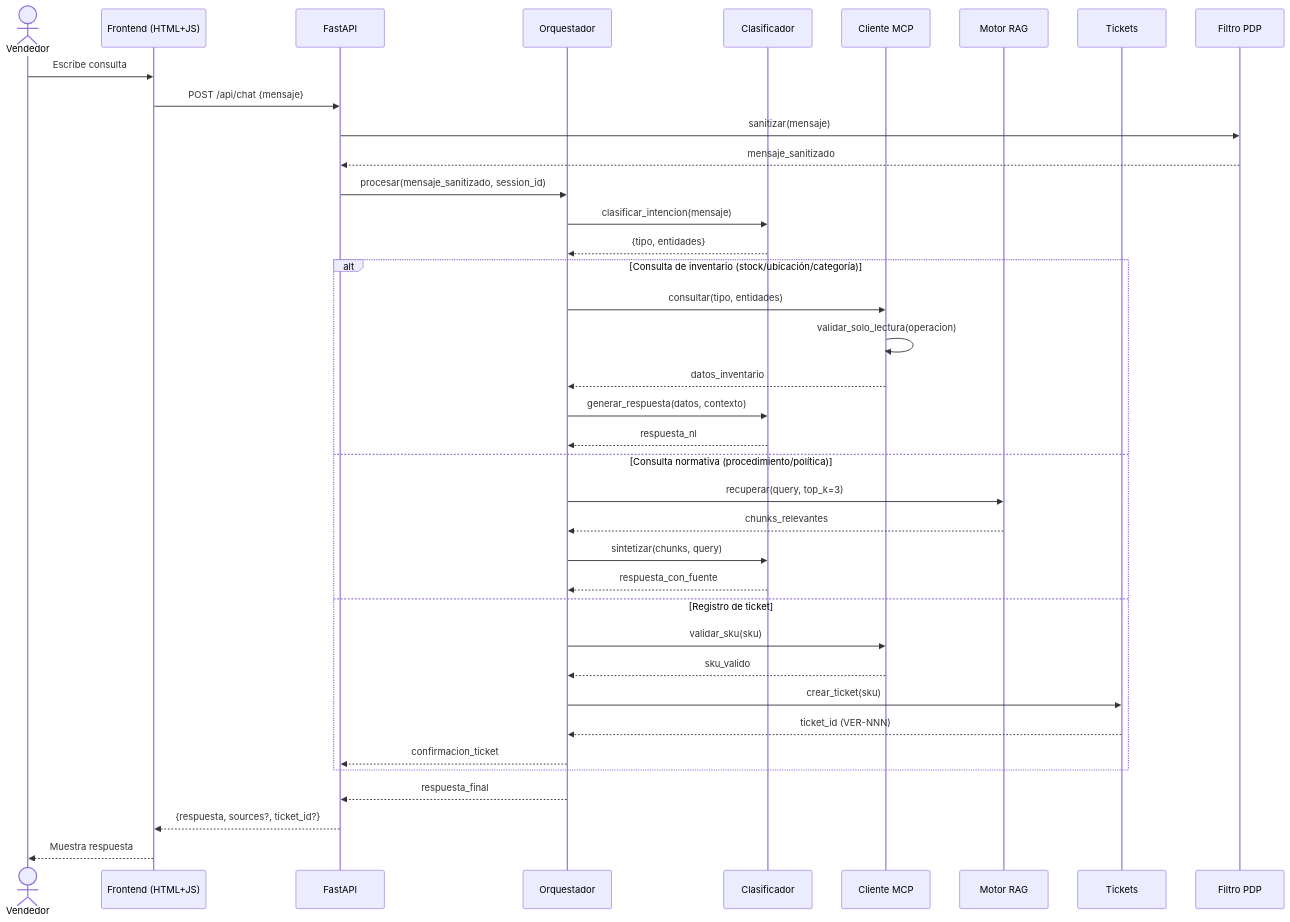
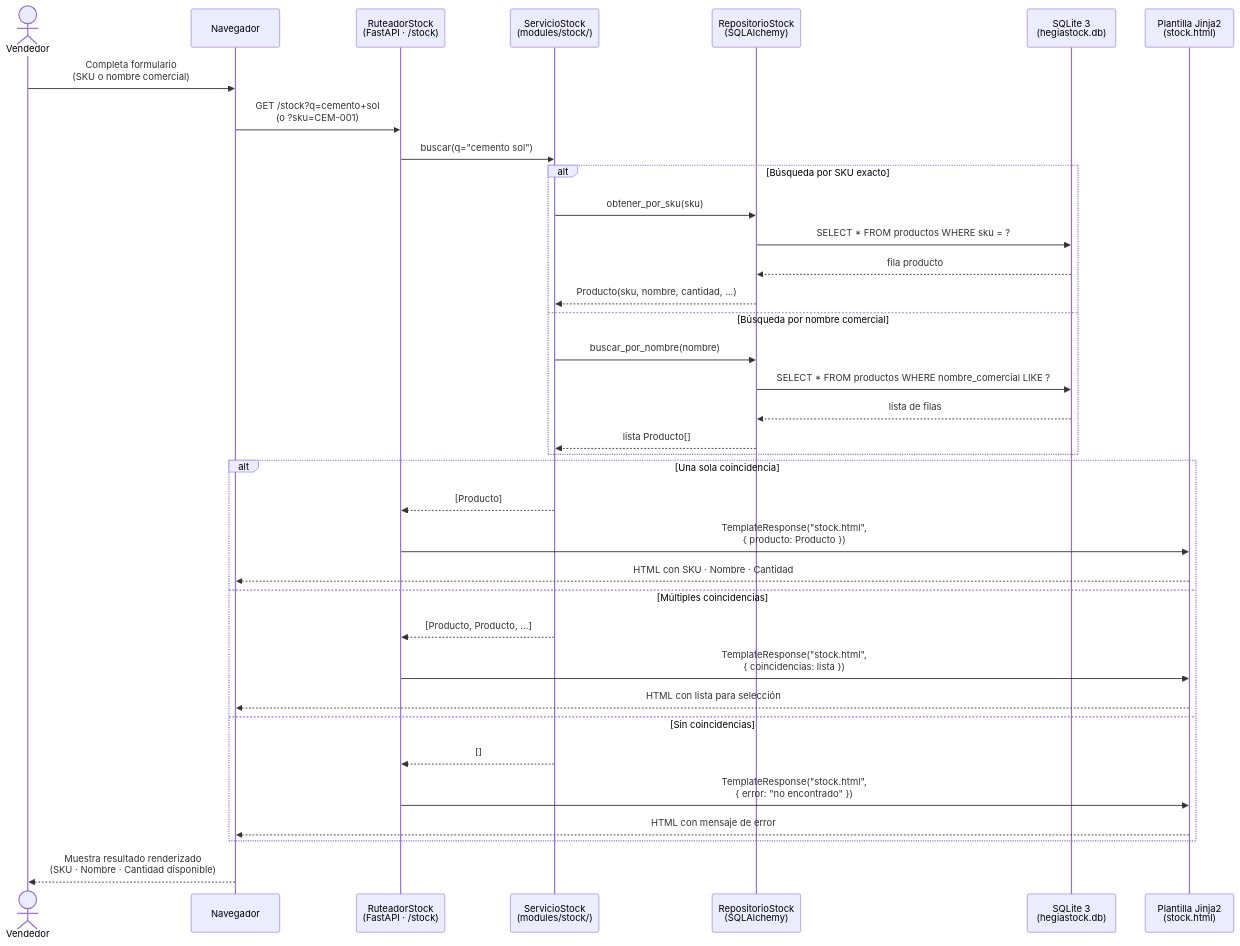
One commit to Jesus0611-ux/asistente-hegiapesa changed the third of 4 diagrams in .kiro/specs/hegia-stock/design.md. Above: the diagram before and after it, drawn with Mermaid. The commit also changed other lines of this file and 8 other files, not shown here.

````diff
--- a/.kiro/specs/hegia-stock/design.md
+++ b/.kiro/specs/hegia-stock/design.md
@@ -110,43 +106,43 @@
 ```mermaid
 sequenceDiagram
     actor Vendedor
-    participant UI as Frontend (HTML+JS)
-    participant API as FastAPI
-    participant ORC as Orquestador
-    participant CLF as Clasificador
-    participant MCP as Cliente MCP
-    participant RAG as Motor RAG
-    participant TKT as Tickets
-    participant PDP as Filtro PDP
+    participant Nav as Navegador
+    participant Router as RuteadorStock<br/>(FastAPI · /stock)
+    participant Svc as ServicioStock<br/>(modules/stock/)
+    participant Repo as RepositorioStock<br/>(SQLAlchemy)
+    participant DB as SQLite 3<br/>(hegiastock.db)
+    participant Tmpl as Plantilla Jinja2<br/>(stock.html)
 
-    Vendedor->>UI: Escribe consulta
-    UI->>API: POST /api/chat {mensaje}
-    API->>PDP: sanitizar(mensaje)
-    PDP-->>API: mensaje_sanitizado
-    API->>ORC: procesar(mensaje_sanitizado, session_id)
-    ORC->>CLF: clasificar_intencion(mensaje)
-    CLF-->>ORC: {tipo, entidades}
+    Vendedor->>Nav: Completa formulario<br/>(SKU o nombre comercial)
+    Nav->>Router: GET /stock?q=cemento+sol<br/>(o ?sku=CEM-001)
 
-    alt Consulta de inventario (stock/ubicación/categoría)
-        ORC->>MCP: consultar(tipo, entidades)
-        MCP->>MCP: validar_solo_lectura(operacion)
-        MCP-->>ORC: datos_inventario
-        ORC->>CLF: generar_respuesta(datos, contexto)
-        CLF-->>ORC: respuesta_nl
-    else Consulta normativa (procedimiento/política)
-        ORC->>RAG: recuperar(query, top_k=3)
-        RAG-->>ORC: chunks_relevantes
-        ORC->>CLF: sintetizar(chunks, query)
-        CLF-->>ORC: respuesta_con_fuente
-    else Registro de ticket
-        ORC->>MCP: validar_sku(sku)
-        MCP-->>ORC: sku_valido
-        ORC->>TKT: crear_ticket(sku)
-        TKT-->>ORC: ticket_id (VER-NNN)
-        ORC-->>API: confirmacion_ticket
+    Router->>Svc: buscar(q="cemento sol")
+
+    alt Búsqueda por SKU exacto
+        Svc->>Repo: obtener_por_sku(sku)
+        Repo->>DB: SELECT * FROM productos WHERE sku = ?
+        DB-->>Repo: fila producto
+        Repo-->>Svc: Producto(sku, nombre, cantidad, ...)
+    else Búsqueda por nombre comercial
+        Svc->>Repo: buscar_por_nombre(nombre)
+        Repo->>DB: SELECT * FROM productos WHERE nombre_comercial LIKE ?
+        DB-->>Repo: lista de filas
+        Repo-->>Svc: lista Producto[]
     end
 
-    ORC-->>API: respuesta_final
-    API-->>UI: {respuesta, sources?, ticket_id?}
-    UI-->>Vendedor: Muestra respuesta
+    alt Una sola coincidencia
+        Svc-->>Router: [Producto]
+        Router->>Tmpl: TemplateResponse("stock.html",<br/>{ producto: Producto })
+        Tmpl-->>Nav: HTML con SKU · Nombre · Cantidad
+    else Múltiples coincidencias
+        Svc-->>Router: [Producto, Producto, ...]
+        Router->>Tmpl: TemplateResponse("stock.html",<br/>{ coincidencias: lista })
+        Tmpl-->>Nav: HTML con lista para selección
+    else Sin coincidencias
+        Svc-->>Router: []
+        Router->>Tmpl: TemplateResponse("stock.html",<br/>{ error: "no encontrado" })
+        Tmpl-->>Nav: HTML con mensaje de error
+    end
+
+    Nav-->>Vendedor: Muestra resultado renderizado<br/>(SKU · Nombre · Cantidad disponible)
 ```
````
